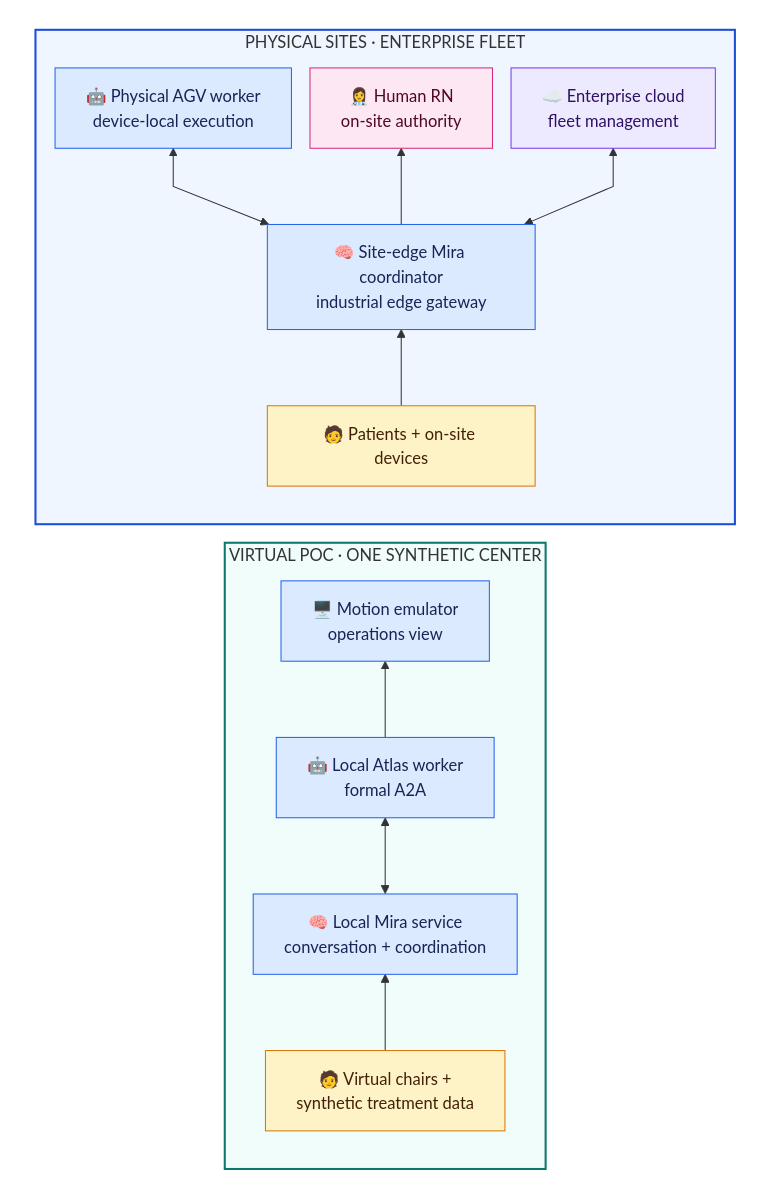
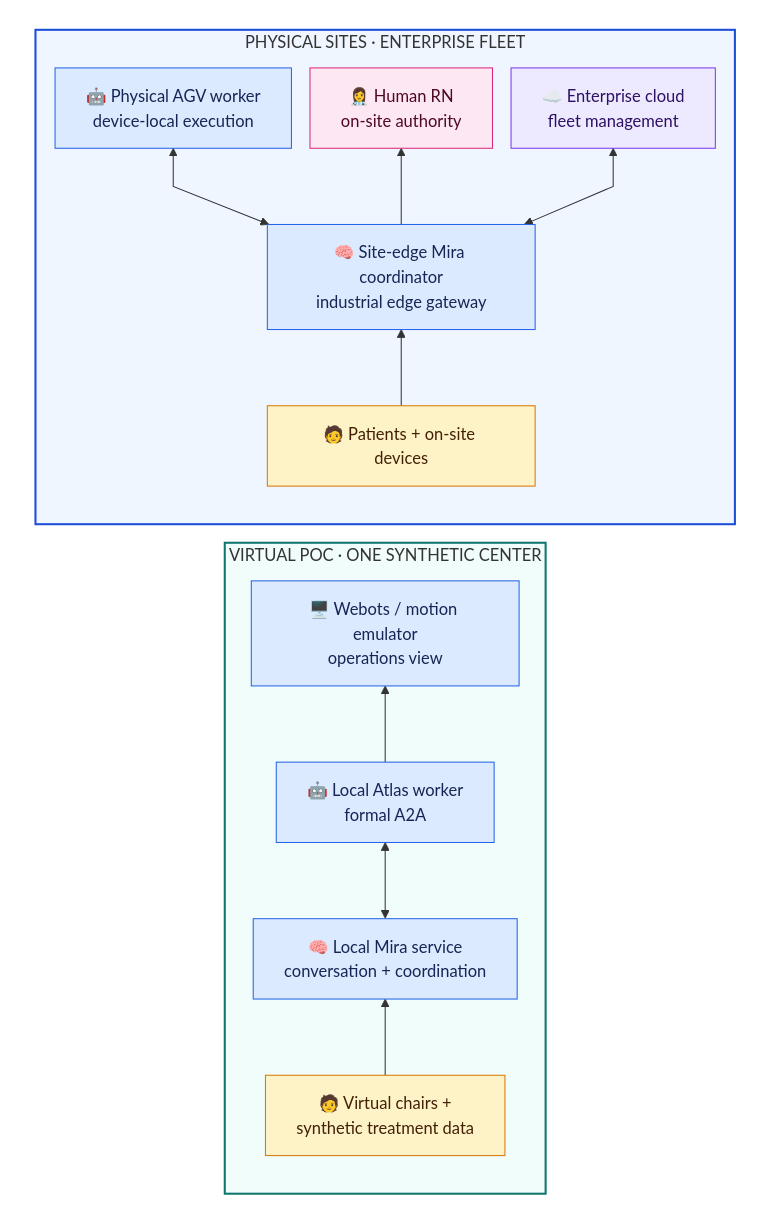
Before and after one commit to fmlin0429712024/ichd-agentic-system: the second of 2 diagrams in README.md, drawn with Mermaid. The commit also changed other lines of this file, not shown here.

````diff
--- a/README.md
+++ b/README.md
@@ -169,34 +282,34 @@
 ```mermaid
 %%{init: {"flowchart": {"nodeSpacing": 18, "rankSpacing": 24, "curve": "linear"}}}%%
 flowchart TB
     subgraph COMPARISON[" "]
         direction LR
 
         subgraph POC["VIRTUAL POC · ONE SYNTHETIC CENTER"]
             direction BT
             PS["🧑 Virtual chairs +<br/>synthetic treatment data"] --> PM["🧠 Local Mira service<br/>conversation + coordination"]
             PM <--> PA["🤖 Local Atlas worker<br/>formal A2A"]
-            PA --> PV["🖥️ Motion emulator<br/>operations view"]
+            PA --> PV["🖥️ Webots / motion emulator<br/>operations view"]
         end
 
         subgraph FUTURE["PHYSICAL SITES · ENTERPRISE FLEET"]
             direction BT
             FS["🧑 Patients + on-site devices"] --> FM["🧠 Site-edge Mira coordinator<br/>industrial edge gateway"]
             FM <--> FA["🤖 Physical AGV worker<br/>device-local execution"]
             FM --> FH["👩‍⚕️ Human RN<br/>on-site authority"]
             FM <--> FC["☁️ Enterprise cloud<br/>fleet management"]
         end
     end
 
     classDef source fill:#FEF3C7,stroke:#D97706,color:#422006
     classDef digital fill:#DBEAFE,stroke:#2563EB,color:#172554
     classDef human fill:#FCE7F3,stroke:#DB2777,color:#500724
     classDef cloud fill:#EDE9FE,stroke:#7C3AED,color:#2E1065
     class PS,FS source
     class PM,PA,PV,FM,FA digital
     class FH human
     class FC cloud
     style POC fill:#F0FDFA,stroke:#0F766E,stroke-width:2px
     style FUTURE fill:#EFF6FF,stroke:#1D4ED8,stroke-width:2px
     style COMPARISON fill:transparent,stroke:transparent
 ```
````
